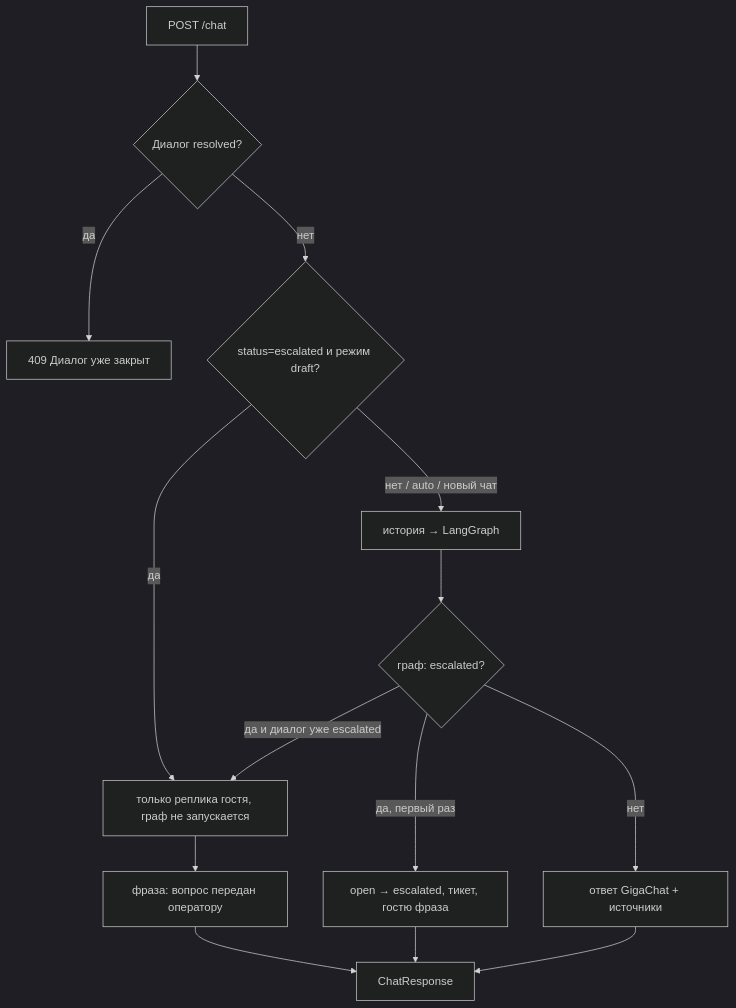
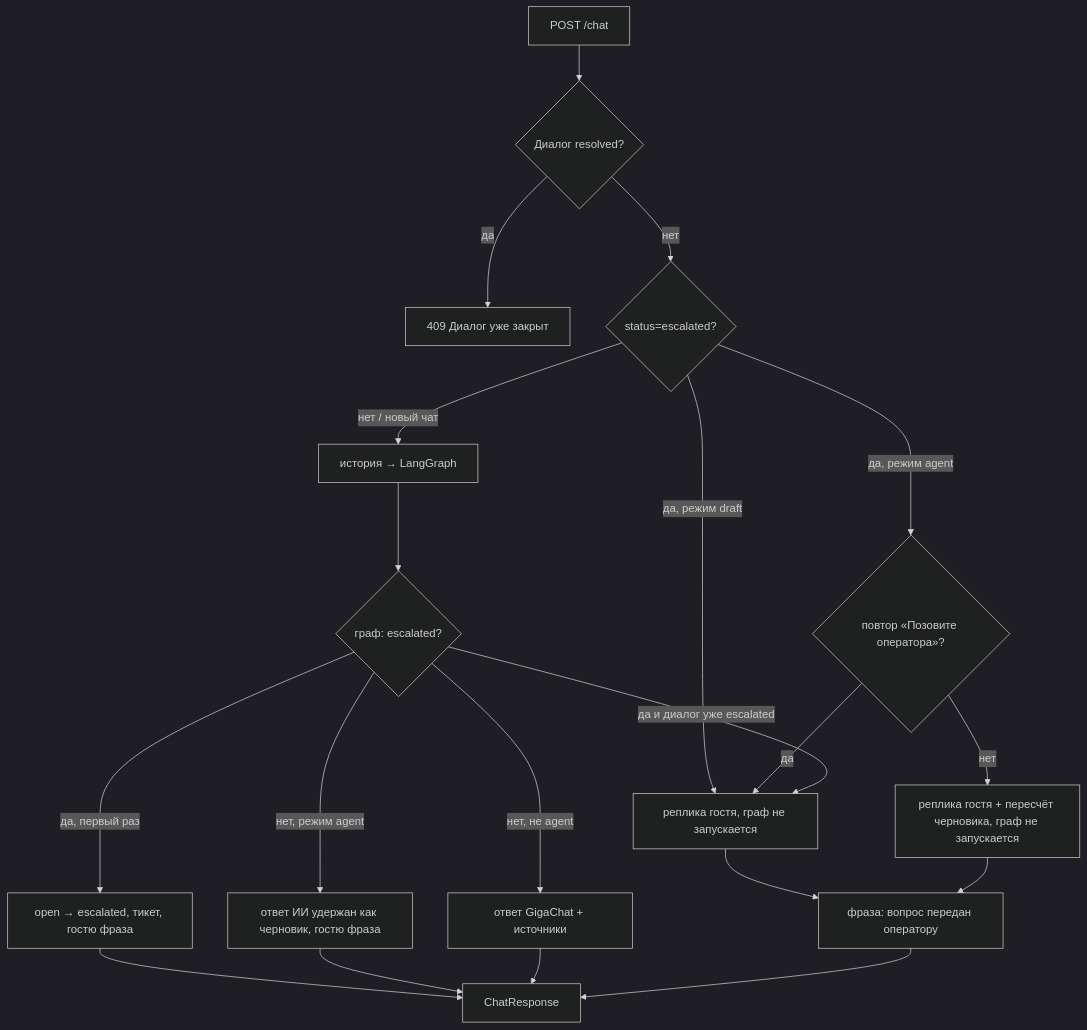
One commit to Ivansups/Molvest-solution changed the first of 2 diagrams in README.md. Above: the diagram before and after it, drawn with Mermaid (dark theme). The commit also changed other lines of this file and 82 other files, not shown here.

First line of the commit message:
feat: закрыть пробелы защиты — режим agent, подтверждение закрытия и PATCH (#39)

````diff
--- a/README.md
+++ b/README.md
@@ -32,16 +32,22 @@
 ```mermaid
 flowchart TD
   A["POST /chat"] --> B{"Диалог resolved?"}
   B -->|да| C["409 Диалог уже закрыт"]
-  B -->|нет| D{"status=escalated и режим draft?"}
-  D -->|да| E["только реплика гостя, граф не запускается"]
+  B -->|нет| D{"status=escalated?"}
+  D -->|нет / новый чат| G["история → LangGraph"]
+  D -->|да, режим draft| E["реплика гостя, граф не запускается"]
+  D -->|да, режим agent| RA{"повтор «Позовите оператора»?"}
+  RA -->|да| E
+  RA -->|нет| E2["реплика гостя + пересчёт черновика, граф не запускается"]
   E --> F["фраза: вопрос передан оператору"]
-  D -->|нет / auto / новый чат| G["история → LangGraph"]
+  E2 --> F
   G --> H{"граф: escalated?"}
   H -->|да и диалог уже escalated| E
   H -->|да, первый раз| I["open → escalated, тикет, гостю фраза"]
-  H -->|нет| J["ответ GigaChat + источники"]
+  H -->|нет, режим agent| AH["ответ ИИ удержан как черновик, гостю фраза"]
+  H -->|нет, не agent| J["ответ GigaChat + источники"]
   I --> K["ChatResponse"]
+  AH --> K
   J --> K
   F --> K
 ```
````
